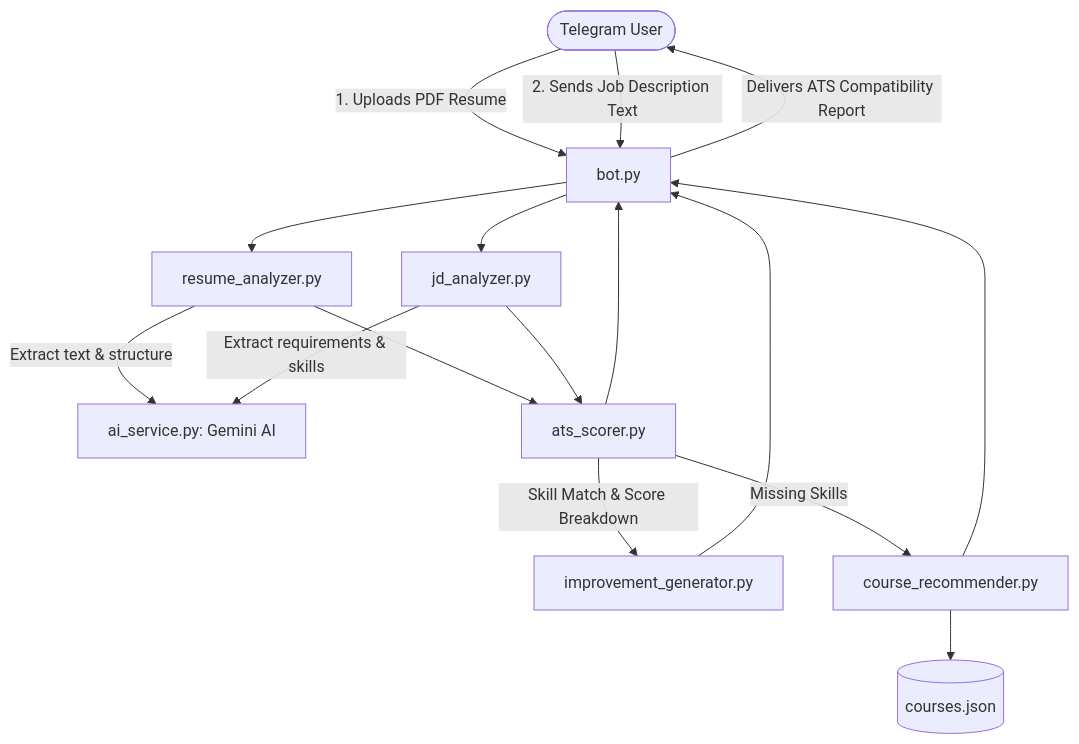
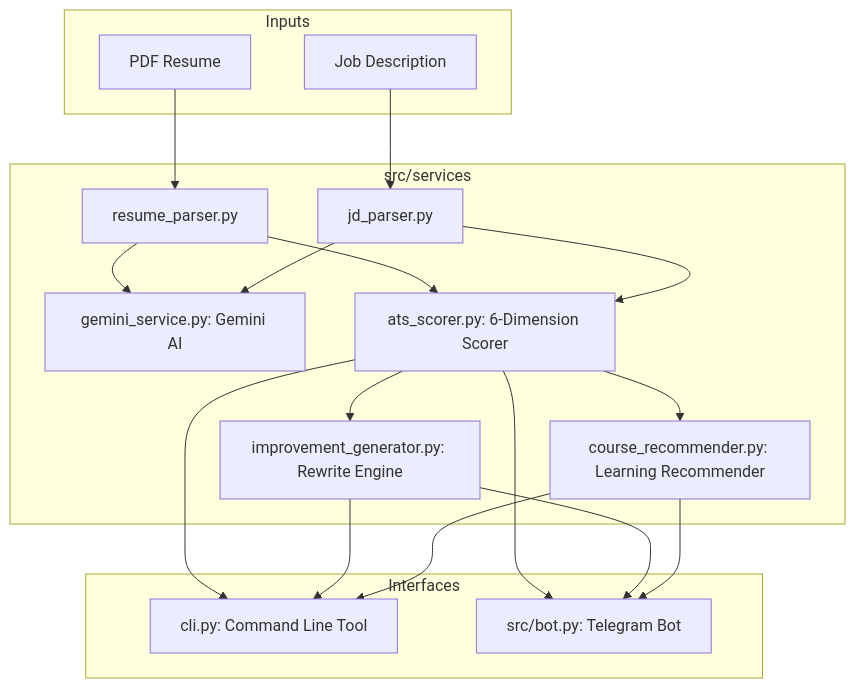
The diagram in README.md (Mohansivakumar017/ai-resume-ats-analyzer), drawn with Mermaid before and after one commit. The commit also changed other lines of this file and 26 other files, not shown here.

Commit message:
refactor: restructure into production modular architecture with dynamic scoring and CLI

````diff
--- a/README.md
+++ b/README.md
@@ -28,15 +49,29 @@
 ```mermaid
-graph TD
-    User([Telegram User]) -->|1. Uploads PDF Resume| Bot[bot.py]
-    User -->|2. Sends Job Description Text| Bot
-    Bot --> RA[resume_analyzer.py]
-    Bot --> JA[jd_analyzer.py]
-    RA -->|Extract text & structure| AIS[ai_service.py: Gemini AI]
-    JA -->|Extract requirements & skills| AIS
-    RA & JA --> Scorer[ats_scorer.py]
-    Scorer -->|Skill Match & Score Breakdown| Imp[improvement_generator.py]
-    Scorer -->|Missing Skills| Rec[course_recommender.py]
-    Rec --> Courses[(courses.json)]
-    Imp & Rec & Scorer --> Bot
-    Bot -->|Delivers ATS Compatibility Report| User
+flowchart TD
+    subgraph Inputs
+        A[PDF Resume] 
+        B[Job Description]
+    end
+
+    subgraph Core Engine [src/services]
+        RP[resume_parser.py]
+        JP[jd_parser.py]
+        GS[gemini_service.py: Gemini AI]
+        
+        A --> RP
+        B --> JP
+        RP --> GS
+        JP --> GS
+
+        RP & JP --> Scorer[ats_scorer.py: 6-Dimension Scorer]
+        Scorer --> Coach[improvement_generator.py: Rewrite Engine]
+        Scorer --> Courses[course_recommender.py: Learning Recommender]
+    end
+
+    subgraph Interfaces
+        CLI[cli.py: Command Line Tool]
+        Bot[src/bot.py: Telegram Bot]
+        Scorer & Coach & Courses --> CLI
+        Scorer & Coach & Courses --> Bot
+    end
 ```
````
